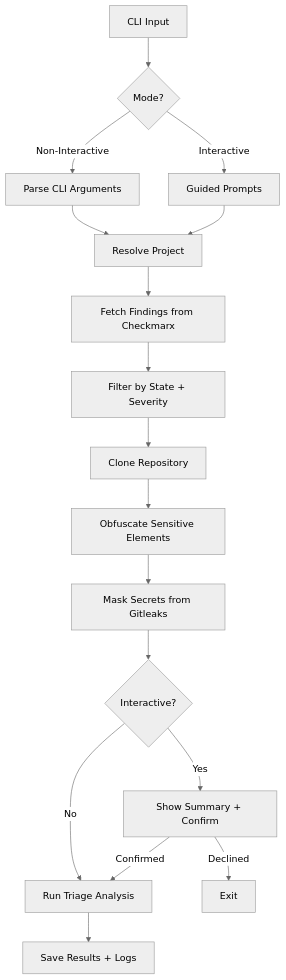
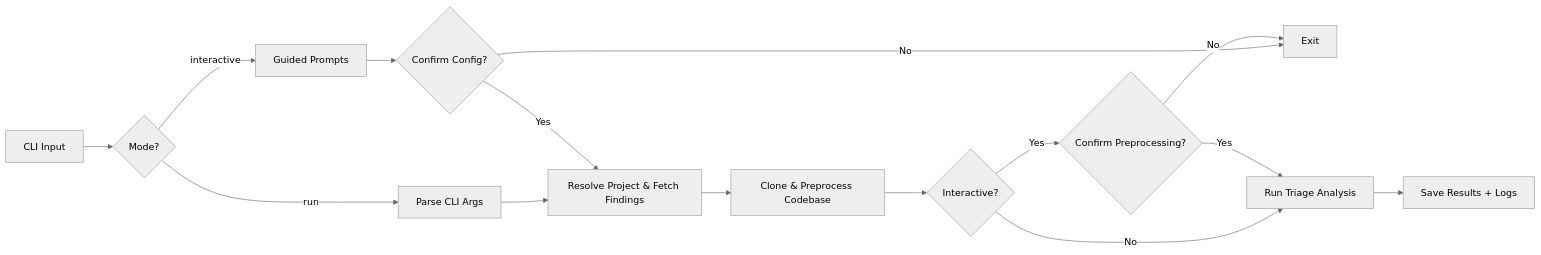
Before and after one commit to random-456/sast-triage-agent: the first of 3 diagrams in docs/architecture.md, drawn with Mermaid (neutral theme). The commit also changed 4 other files, not shown here.

First line of the commit message:
fix(docs): correct Python version, remove unused pandas dep, improve architecture diagram

````diff
--- a/docs/architecture.md
+++ b/docs/architecture.md
@@ -27,19 +27,15 @@
 ```mermaid
-flowchart TD
+flowchart LR
     A[CLI Input] --> B{Mode?}
-    B -->|Non-Interactive| C[Parse CLI Arguments]
-    B -->|Interactive| D[Guided Prompts]
-    C --> E[Resolve Project]
-    D --> E
-    E --> F[Fetch Findings from Checkmarx]
-    F --> G[Filter by State + Severity]
-    G --> H[Clone Repository]
-    H --> I[Obfuscate Sensitive Elements]
-    I --> J[Mask Secrets from Gitleaks]
-    J --> K{Interactive?}
-    K -->|Yes| L[Show Summary + Confirm]
-    K -->|No| M[Run Triage Analysis]
-    L -->|Confirmed| M
-    L -->|Declined| N[Exit]
-    M --> O[Save Results + Logs]
+    B -->|run| C[Parse CLI Args] --> E
+    B -->|interactive| D[Guided Prompts] --> D1{Confirm Config?}
+    D1 -->|No| X[Exit]
+    D1 -->|Yes| E[Resolve Project & Fetch Findings]
+    E --> F[Clone & Preprocess Codebase]
+    F --> G{Interactive?}
+    G -->|No| I[Run Triage Analysis]
+    G -->|Yes| H{Confirm Preprocessing?}
+    H -->|No| X
+    H -->|Yes| I
+    I --> J[Save Results + Logs]
 ```
````
